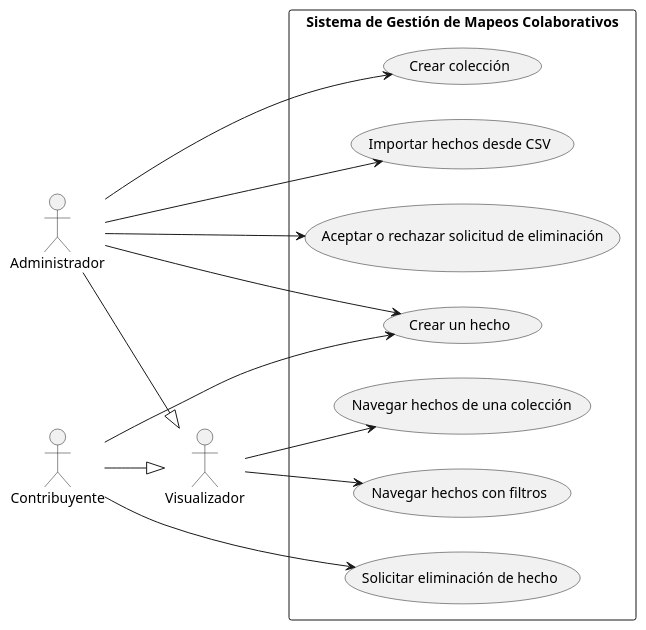
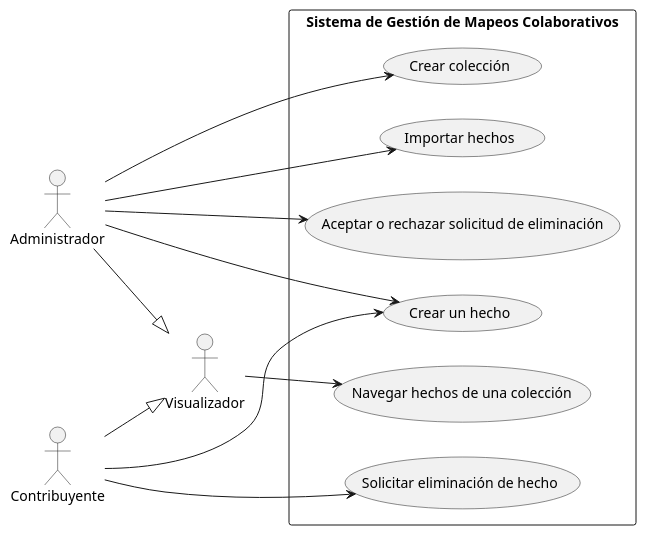
One commit to nicoScatolon/ddsi-tp-2025 changed the diagram in diagramas/diagramaCasosDeUso.puml. Above: the diagram before and after it, drawn with PlantUML. The commit also changed other lines of this file and 16 other files, not shown here.

```diff
--- a/diagramas/diagramaCasosDeUso.puml
+++ b/diagramas/diagramaCasosDeUso.puml
@@ -1,34 +1,32 @@
 @startuml
 left to right direction
 skinparam packageStyle rectangle
 
 
 actor "Administrador" as Admin
 actor "Visualizador" as Viewer
 actor "Contribuyente" as Contributor
 
 rectangle "Sistema de Gestión de Mapeos Colaborativos" {
     usecase "Crear colección" as CU1
-    usecase "Importar hechos desde CSV" as CU2
+    usecase "Importar hechos" as CU2
     usecase "Navegar hechos de una colección" as CU3
-    usecase "Navegar hechos con filtros" as CU4
     usecase "Solicitar eliminación de hecho" as CU5
     usecase "Aceptar o rechazar solicitud de eliminación" as CU6
     usecase "Crear un hecho" as CU7
 }
 
 Admin --> CU1
 Admin --> CU2
 Admin --> CU6
 Admin --> CU7
 Viewer --> CU3
-Viewer --> CU4
 Contributor --> CU5
 Contributor --> CU7
 
 
 
  Admin --|> Viewer
  Contributor--|> Viewer
 
 @enduml
```
